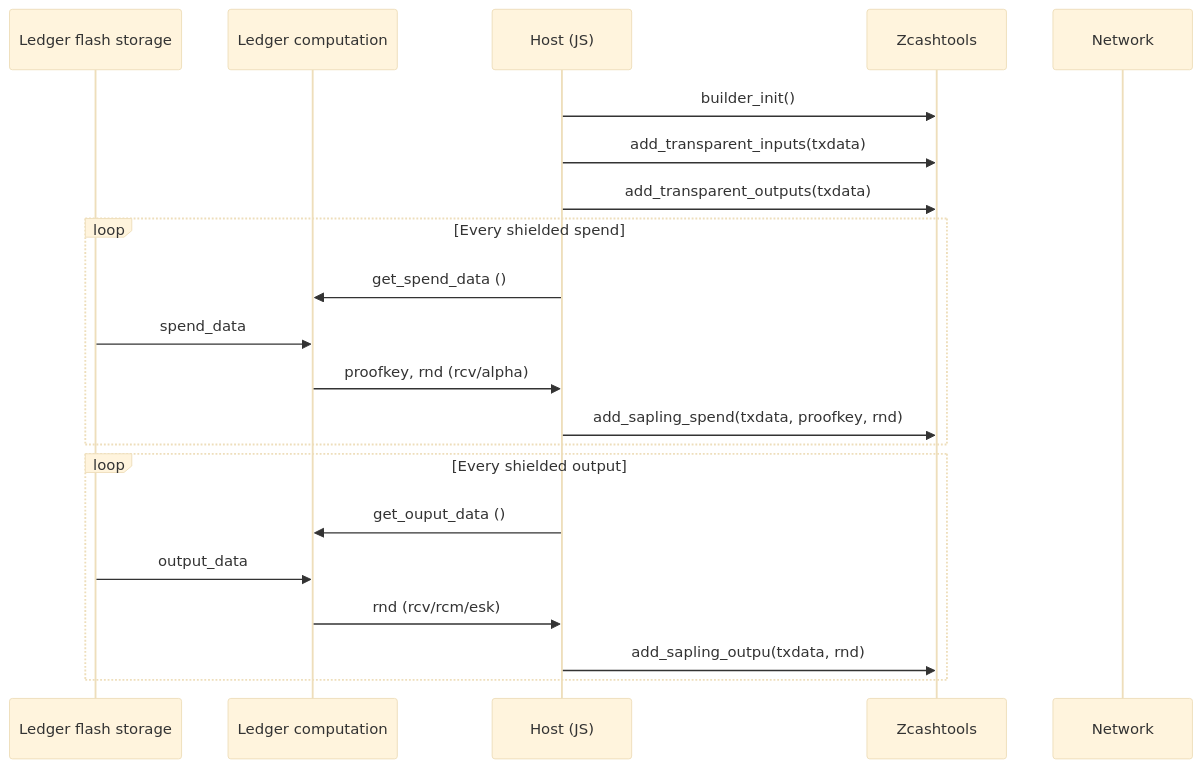
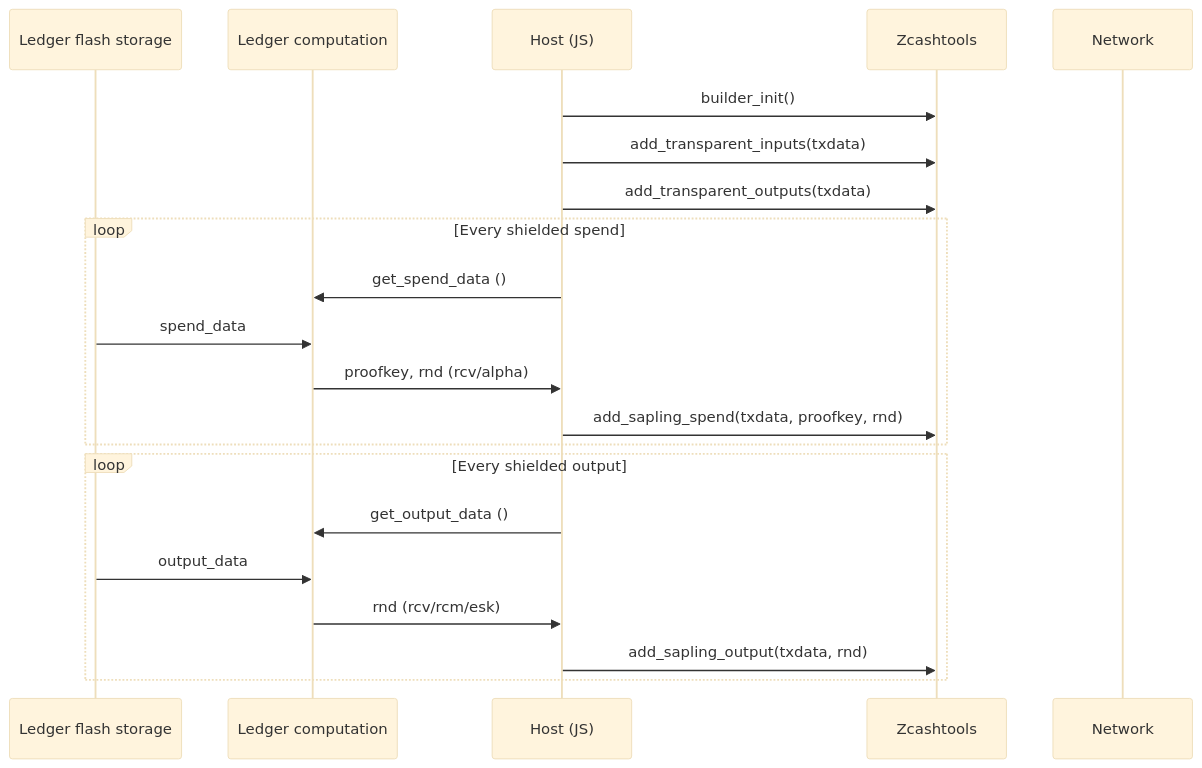
The fourth of 6 diagrams in docs/zcash_workflow.md (Zondax/ledger-zcash), drawn with Mermaid (base theme) before and after one commit.

Commit message:
fix: typo in docs

````diff
--- a/docs/zcash_workflow.md
+++ b/docs/zcash_workflow.md
@@ -98,24 +98,24 @@
 ```mermaid
   sequenceDiagram
   participant LF as Ledger flash storage
   participant LC as Ledger computation 
   participant H as Host (JS)
   participant Z as Zcashtools
   participant N as Network
   H ->> Z: builder_init()
   H ->> Z: add_transparent_inputs(txdata)
   H ->> Z: add_transparent_outputs(txdata)
   loop Every shielded spend
   H ->> LC: get_spend_data ()
   LF ->> LC: spend_data
   LC ->> H: proofkey, rnd (rcv/alpha)
   H ->> Z: add_sapling_spend(txdata, proofkey, rnd)
   end
 
   loop Every shielded output
-  H ->> LC: get_ouput_data ()
+  H ->> LC: get_output_data ()
   LF ->> LC: output_data
   LC ->> H: rnd (rcv/rcm/esk)
-  H ->> Z: add_sapling_outpu(txdata, rnd)
+  H ->> Z: add_sapling_output(txdata, rnd)
   end
 ```
````
